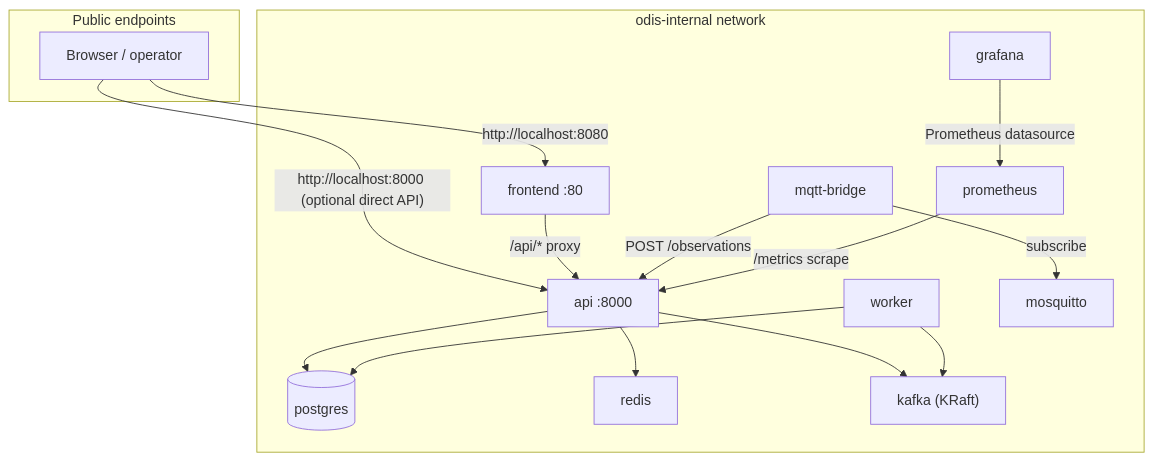
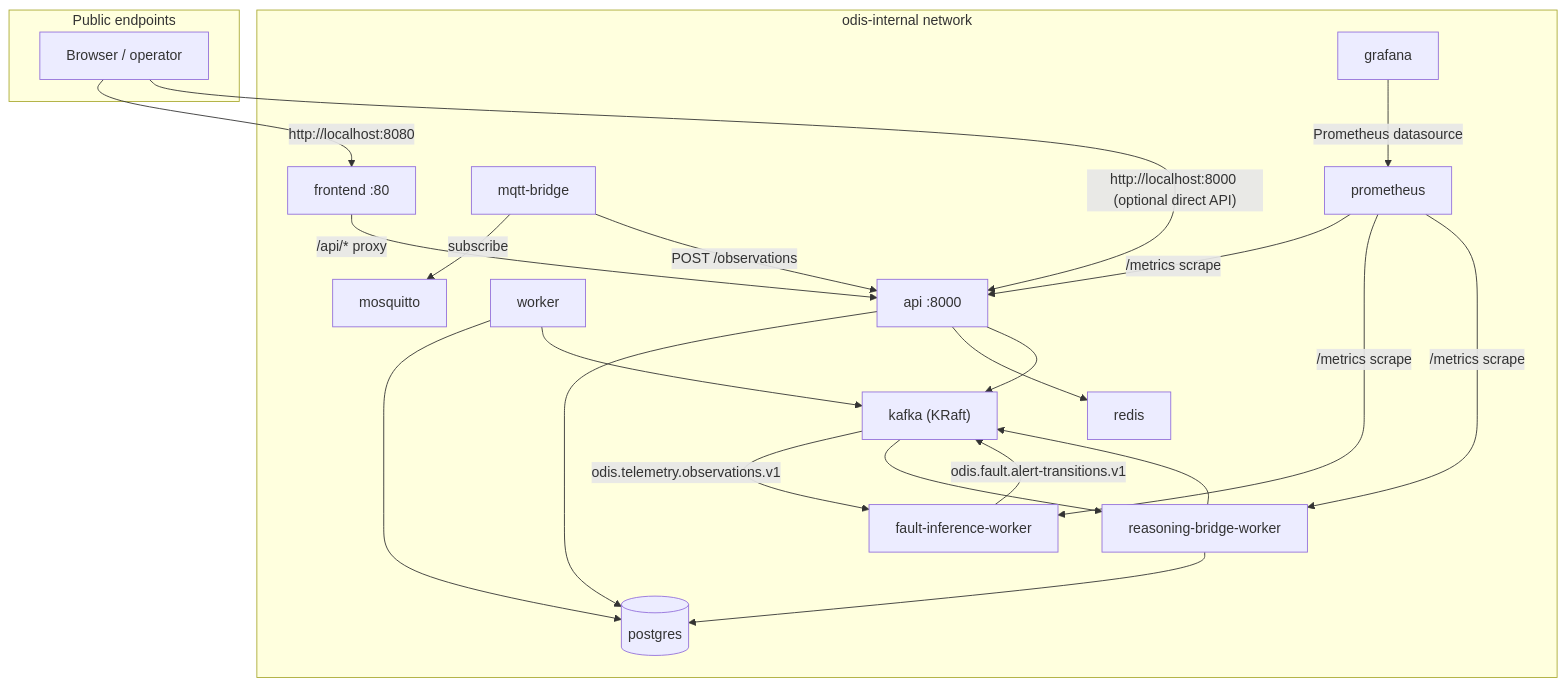
One commit to Saim-naushad/Odis changed the diagram in docs/platform/docker-runtime.md. Above: the diagram before and after it, drawn with Mermaid. The commit also changed other lines of this file and 29 other files, not shown here.

````diff
--- a/docs/platform/docker-runtime.md
+++ b/docs/platform/docker-runtime.md
@@ -33,32 +35,41 @@
 ```mermaid
 flowchart TB
     subgraph public["Public endpoints"]
         Browser["Browser / operator"]
     end
 
     subgraph odis_internal["odis-internal network"]
         FE["frontend :80"]
         API["api :8000"]
         WRK["worker"]
         PG[("postgres")]
         RD["redis"]
         KF["kafka (KRaft)"]
         MQ["mosquitto"]
         BRIDGE["mqtt-bridge"]
+        FIW["fault-inference-worker"]
+        RBW["reasoning-bridge-worker"]
         PR["prometheus"]
         GF["grafana"]
     end
 
     Browser -->|"http://localhost:8080"| FE
     Browser -->|"http://localhost:8000 (optional direct API)"| API
     FE -->|"/api/* proxy"| API
     API --> PG
     API --> RD
     API --> KF
     WRK --> PG
     WRK --> KF
     BRIDGE -->|"subscribe"| MQ
     BRIDGE -->|"POST /observations"| API
+    KF -->|"odis.telemetry.observations.v1"| FIW
+    FIW -->|"odis.fault.alert-transitions.v1"| KF
+    KF --> RBW
+    RBW --> PG
+    RBW --> KF
     PR -->|"/metrics scrape"| API
+    PR -->|"/metrics scrape"| FIW
+    PR -->|"/metrics scrape"| RBW
     GF -->|"Prometheus datasource"| PR
 ```
````
